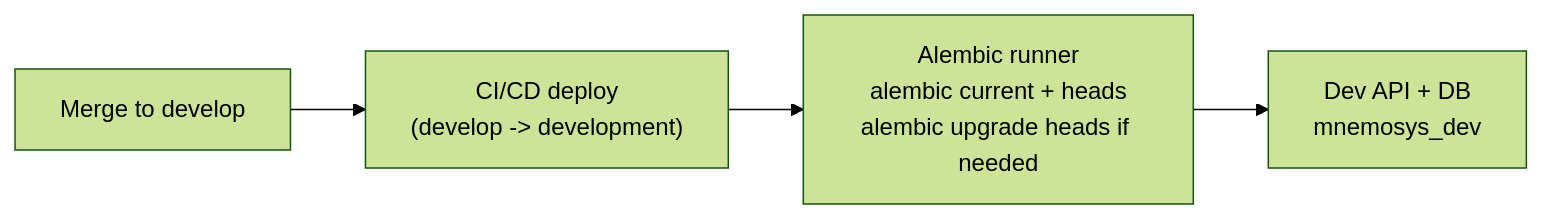
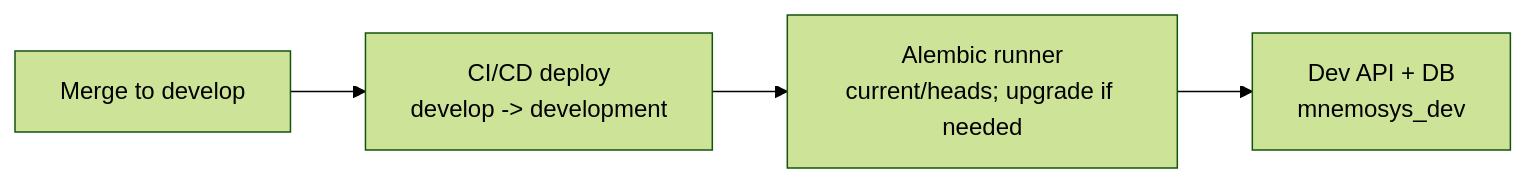
One commit to wphillipmoore/mnemosys-core changed the second of 4 diagrams in docs/diagrams/alembic-migration-workflow.md. Above: the diagram before and after it, drawn with Mermaid (forest theme). The commit also changed other lines of this file, not shown here.

Commit message:
Shorten mermaid labels to avoid clipping

````diff
--- a/docs/diagrams/alembic-migration-workflow.md
+++ b/docs/diagrams/alembic-migration-workflow.md
@@ -21,8 +23,8 @@
 ```mermaid
 flowchart LR
   DEV["Merge to develop"]
-  DEV_PIPE["CI/CD deploy<br/>(develop -> development)"]
-  DEV_GATE["Alembic runner<br/>alembic current + heads<br/>alembic upgrade heads if needed"]
+  DEV_PIPE["CI/CD deploy<br/>develop -> development"]
+  DEV_GATE["Alembic runner<br/>current/heads; upgrade if needed"]
   DEV_APP["Dev API + DB<br/>mnemosys_dev"]
   DEV --> DEV_PIPE --> DEV_GATE --> DEV_APP
 ```
````
